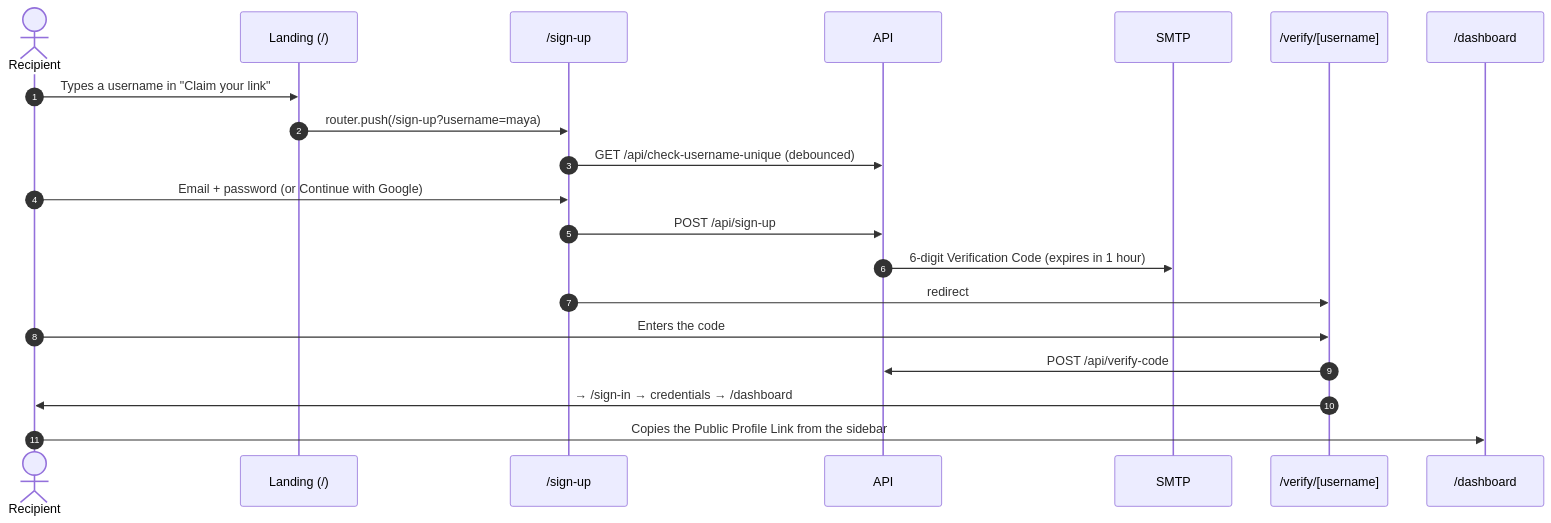
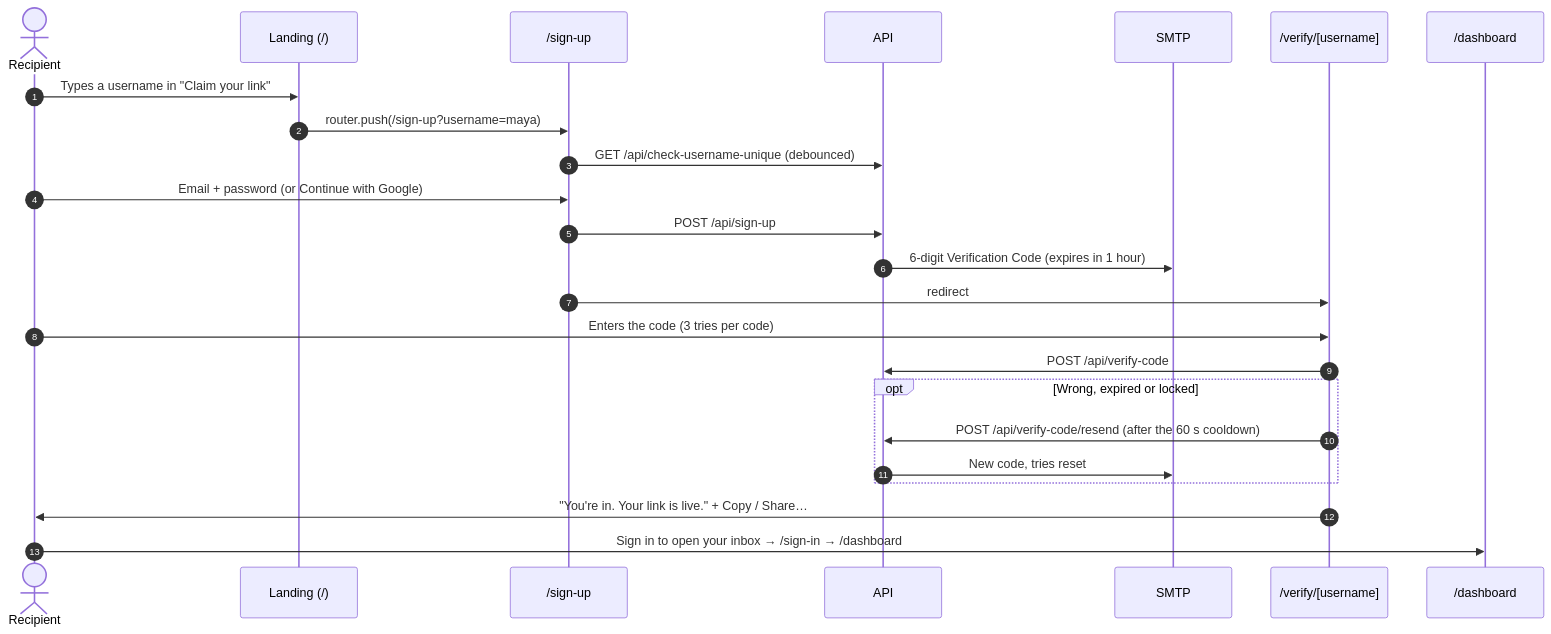
The second of 4 diagrams in docs/12-product-guide-and-features.md (Abbas4tech/GhostMsg), drawn with Mermaid before and after one commit. The commit also changed other lines of this file and 284 other files, not shown here.

````diff
--- a/docs/12-product-guide-and-features.md
+++ b/docs/12-product-guide-and-features.md
@@ -66,23 +66,27 @@
 ```mermaid
 sequenceDiagram
     autonumber
     actor R as Recipient
     participant L as Landing (/)
     participant SU as /sign-up
     participant API as API
     participant M as SMTP
     participant V as /verify/[username]
     participant D as /dashboard
 
     R->>L: Types a username in "Claim your link"
     L->>SU: router.push(/sign-up?username=maya)
     SU->>API: GET /api/check-username-unique (debounced)
     R->>SU: Email + password (or Continue with Google)
     SU->>API: POST /api/sign-up
     API->>M: 6-digit Verification Code (expires in 1 hour)
     SU->>V: redirect
-    R->>V: Enters the code
+    R->>V: Enters the code (3 tries per code)
     V->>API: POST /api/verify-code
-    V->>R: → /sign-in → credentials → /dashboard
-    R->>D: Copies the Public Profile Link from the sidebar
+    opt Wrong, expired or locked
+        V->>API: POST /api/verify-code/resend (after the 60 s cooldown)
+        API->>M: New code, tries reset
+    end
+    V->>R: "You're in. Your link is live." + Copy / Share…
+    R->>D: Sign in to open your inbox → /sign-in → /dashboard
 ```
````
